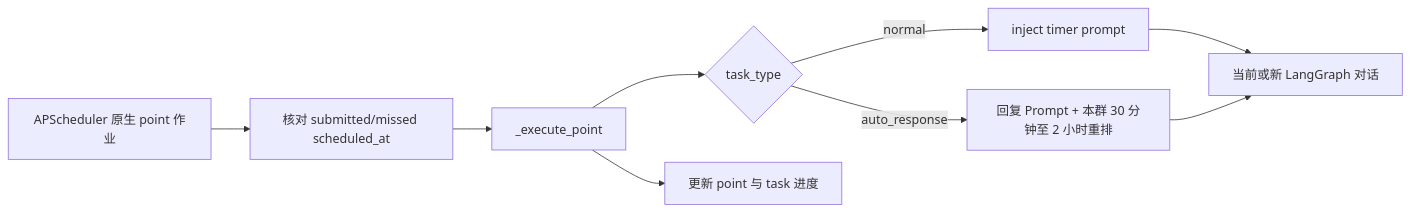
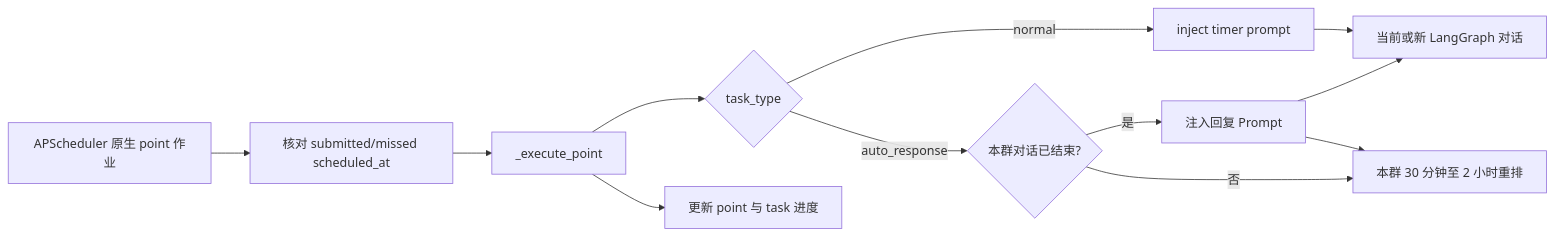
The eighth of 10 diagrams in docs/arch.md (ATreep/hatsume-qq-bot), drawn with Mermaid before and after one commit. The commit also changed other lines of this file and 29 other files, not shown here.

```diff
--- a/docs/arch.md
+++ b/docs/arch.md
@@ -408,11 +410,14 @@
 ~~~mermaid
 flowchart LR
     Job[APScheduler 原生 point 作业] --> Reconcile[核对 submitted/missed scheduled_at]
     Reconcile --> Execute[_execute_point]
     Execute --> Kind{task_type}
     Kind -- normal --> Inject[inject timer prompt]
-    Kind -- auto_response --> Response[回复 Prompt + 本群 30 分钟至 2 小时重排]
+    Kind -- auto_response --> Conversation{本群对话已结束?}
+    Conversation -- 是 --> Response[注入回复 Prompt]
+    Conversation -- 否 --> Reschedule[本群 30 分钟至 2 小时重排]
     Inject --> Graph[当前或新 LangGraph 对话]
     Response --> Graph
+    Response --> Reschedule
     Execute --> Progress[更新 point 与 task 进度]
 ~~~
```
